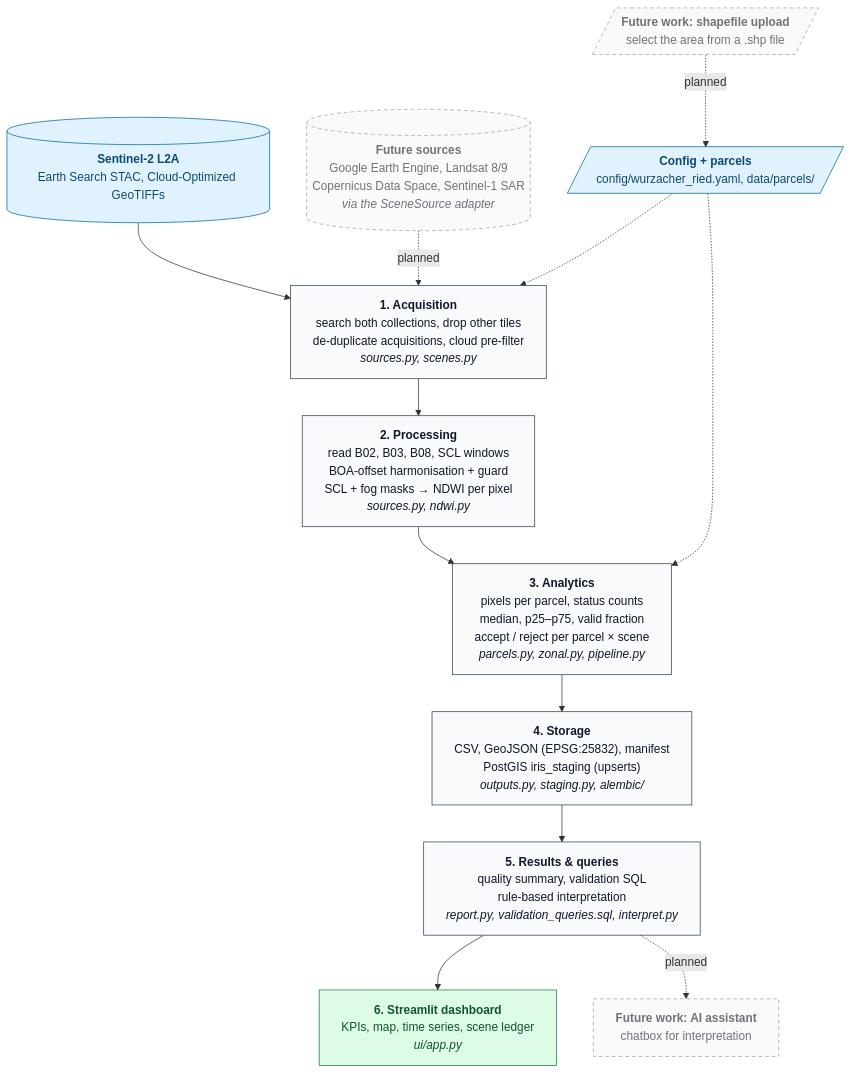
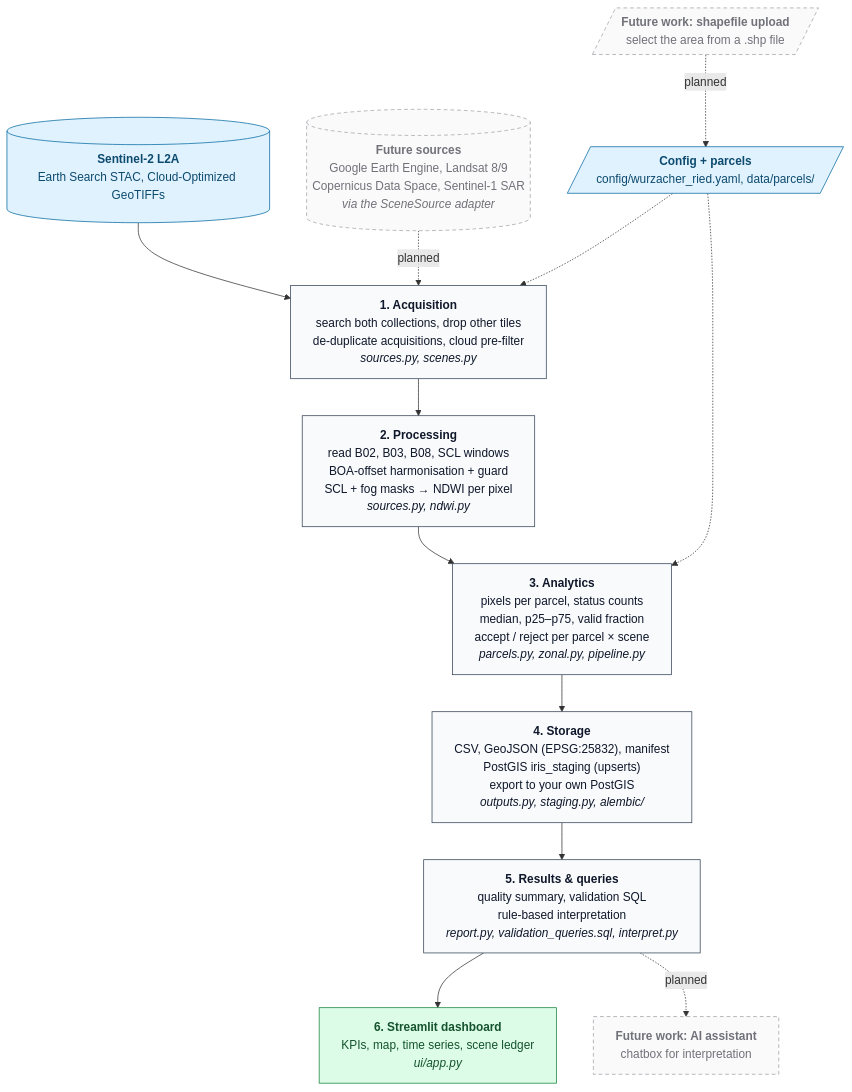
One commit to SomayehAhmadpour/Peatland-Moisture-Index changed the diagram in README.md. Above: the diagram before and after it, drawn with Mermaid. The commit also changed other lines of this file and 8 other files, not shown here.

First line of the commit message:
Export runs to your own PostGIS database (dashboard and CLI)

````diff
--- a/README.md
+++ b/README.md
@@ -18,32 +18,32 @@
 ```mermaid
 %%{init: {"fontFamily": "Arial, Helvetica, sans-serif", "themeVariables": {"fontFamily": "Arial, Helvetica, sans-serif"}, "flowchart": {"wrappingWidth": 340}}}%%
 flowchart TD
     S2[("<b>Sentinel-2 L2A</b><br/>Earth Search STAC, Cloud-Optimized GeoTIFFs")]
     FUTSRC[("<b>Future sources</b><br/>Google Earth Engine, Landsat 8/9<br/>Copernicus Data Space, Sentinel-1 SAR<br/><i>via the SceneSource adapter</i>")]
     CFG[/"<b>Config + parcels</b><br/>config/wurzacher_ried.yaml, data/parcels/"/]
     FUTSHP[/"<b>Future work: shapefile upload</b><br/>select the area from a .shp file"/]
 
     ACQ["<b>1. Acquisition</b><br/>search both collections, drop other tiles<br/>de-duplicate acquisitions, cloud pre-filter<br/><i>sources.py, scenes.py</i>"]
     PRO["<b>2. Processing</b><br/>read B02, B03, B08, SCL windows<br/>BOA-offset harmonisation + guard<br/>SCL + fog masks → NDWI per pixel<br/><i>sources.py, ndwi.py</i>"]
     ANA["<b>3. Analytics</b><br/>pixels per parcel, status counts<br/>median, p25–p75, valid fraction<br/>accept / reject per parcel × scene<br/><i>parcels.py, zonal.py, pipeline.py</i>"]
-    STO["<b>4. Storage</b><br/>CSV, GeoJSON (EPSG:25832), manifest<br/>PostGIS iris_staging (upserts)<br/><i>outputs.py, staging.py, alembic/</i>"]
+    STO["<b>4. Storage</b><br/>CSV, GeoJSON (EPSG:25832), manifest<br/>PostGIS iris_staging (upserts)<br/>export to your own PostGIS<br/><i>outputs.py, staging.py, alembic/</i>"]
     SRV["<b>5. Results & queries</b><br/>quality summary, validation SQL<br/>rule-based interpretation<br/><i>report.py, validation_queries.sql, interpret.py</i>"]
     UI["<b>6. Streamlit dashboard</b><br/>KPIs, map, time series, scene ledger<br/><i>ui/app.py</i>"]
     FUTAI["<b>Future work: AI assistant</b><br/>chatbox for interpretation"]
 
     S2 --> ACQ --> PRO --> ANA --> STO --> SRV --> UI
     CFG -.-> ACQ
     CFG -.-> ANA
     FUTSHP -.->|planned| CFG
     FUTSRC -.->|planned| ACQ
     SRV -.->|planned| FUTAI
 
     classDef source fill:#e0f2fe,stroke:#0369a1,color:#0c4a6e
     classDef stage fill:#f8fafc,stroke:#334155,color:#0f172a
     classDef ui fill:#dcfce7,stroke:#15803d,color:#14532d
     classDef future fill:#fafafa,stroke:#a1a1aa,stroke-dasharray:5 4,color:#71717a
     class S2,CFG source
     class ACQ,PRO,ANA,STO,SRV stage
     class UI ui
     class FUTSRC,FUTSHP,FUTAI future
 ```
````
